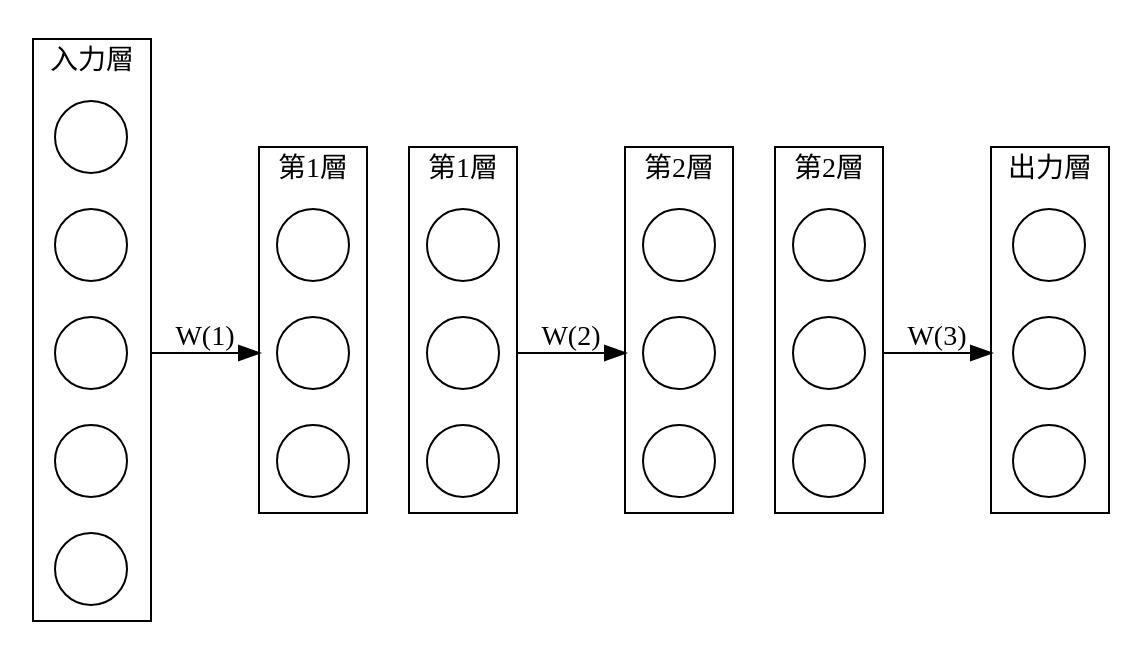
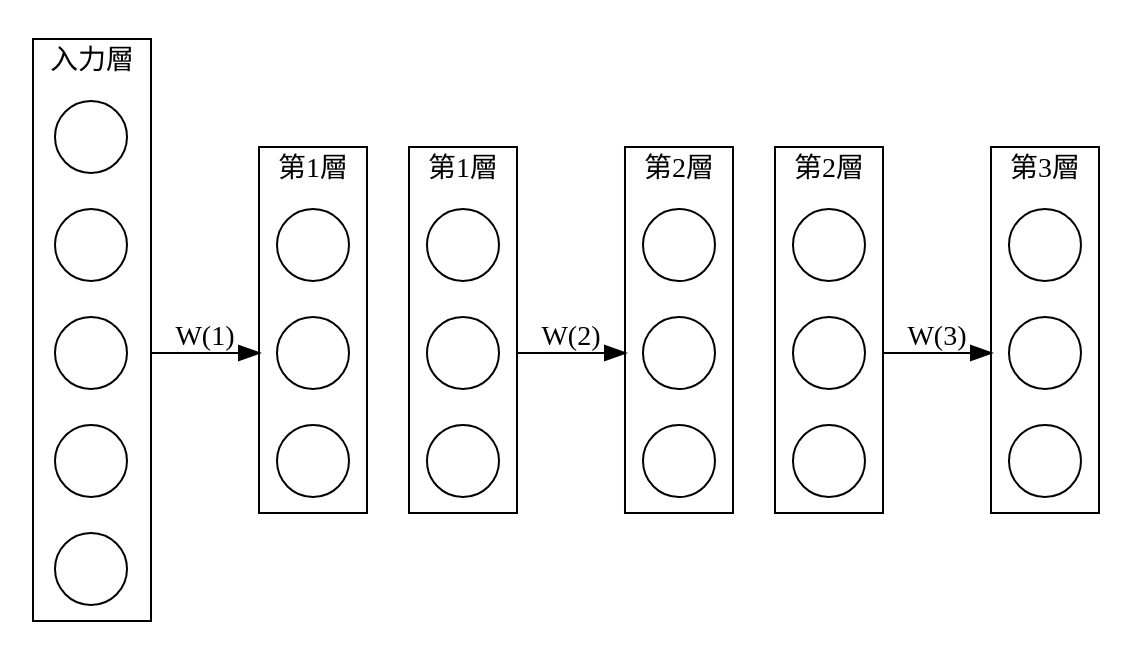
One commit to mtjune/mtjune.github.io changed the diagram in images/nn_pretrain2.dot. Above: the diagram before and after it, drawn with Graphviz. The commit also changed 2 other files, not shown here.

```diff
--- a/images/nn_pretrain2.dot
+++ b/images/nn_pretrain2.dot
@@ -1,63 +1,63 @@
 digraph G {
 
   compound = true;
   ordering="out";
   rankdir=LR
 	splines=line
 
   node [fixedsize=true];
 
   subgraph cluster_0 {
 		node [style=solid, shape=circle];
 		x1 x2 x3 x4 x5;
 		label = "入力層";
 	}
 
 	subgraph cluster_1 {
 		node [style=solid, shape=circle];
 		u1_1 u1_2 u1_3;
 		label = "第1層";
 	}
 
   subgraph cluster_1_d {
 		node [style=solid, shape=circle];
 		u1_1_d u1_2_d u1_3_d;
 		label = "第1層";
 	}
 
   subgraph cluster_2 {
     node [style=solid, shape=circle];
     u2_1 u2_2 u2_3;
     label = "第2層";
   }
 
   subgraph cluster_2_d {
     node [style=solid, shape=circle];
     u2_1_d u2_2_d u2_3_d;
     label = "第2層";
   }
 
   subgraph cluster_3 {
     node [style=solid, shape=circle];
     u3_1 u3_2 u3_3;
-    label = "出力層";
+    label = "第3層";
   }
 
 
 
         x1, x2, x3, x4, x5, u1_1, u1_2, u1_3, u2_1, u2_2, u2_3, u3_1, u3_2, u3_3, u1_1_d, u1_2_d, u1_3_d, u2_1_d, u2_2_d, u2_3_d [label=""]
 
 
 
         x3 -> u1_2 [lhead=cluster_1, ltail=cluster_0, label="W(1)"]
         u1_2_d -> u2_2 [lhead=cluster_2, ltail=cluster_1_d, label="W(2)"]
         u2_2_d -> u3_2 [lhead=cluster_3, ltail=cluster_2_d, label="W(3)"]
 
         {
           edge [style=invis];
           u1_2 -> u1_2_d;
           u2_2 -> u2_2_d;
         }
 
 
 }
```
